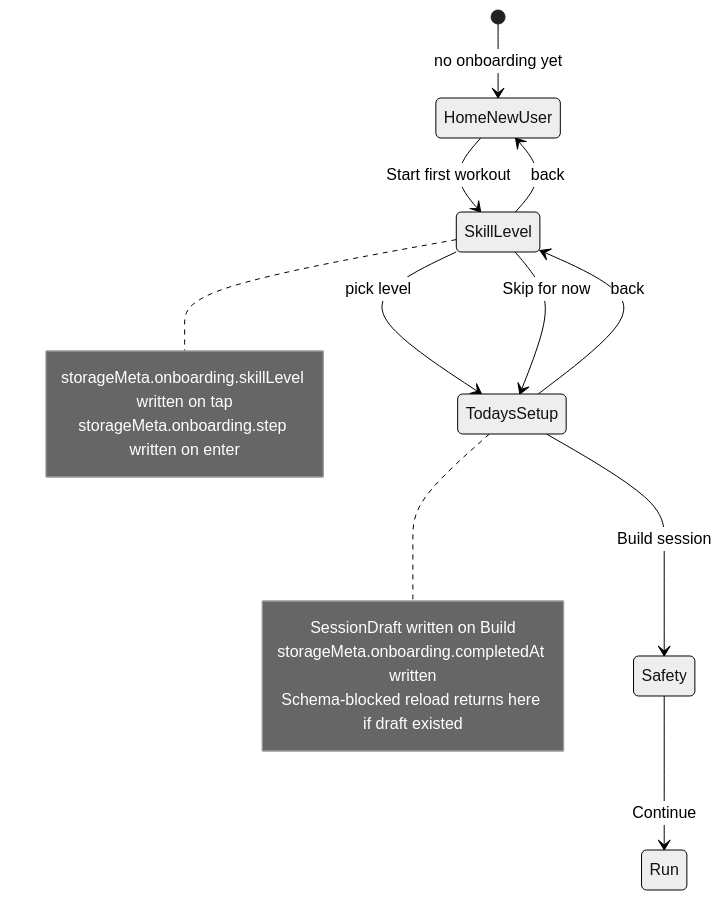
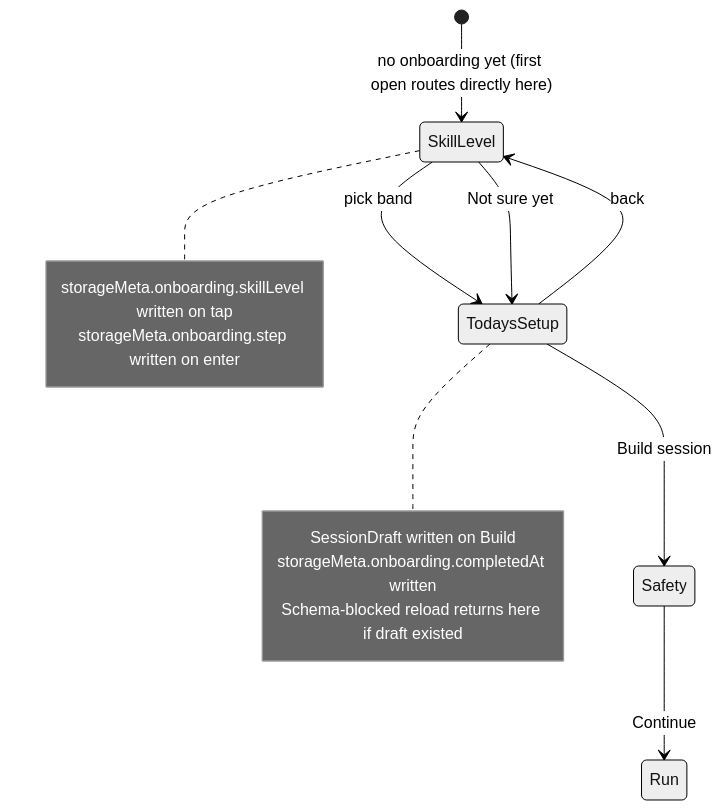
The first of 3 diagrams in docs/specs/m001-phase-c-ux-decisions.md (NickCorneau/volley_drills), drawn with Mermaid (neutral theme) before and after one commit. The commit also changed other lines of this file and 158 other files, not shown here.

````diff
--- a/docs/specs/m001-phase-c-ux-decisions.md
+++ b/docs/specs/m001-phase-c-ux-decisions.md
@@ -113,22 +134,20 @@
 ```mermaid
 stateDiagram-v2
-    [*] --> HomeNewUser: no onboarding yet
-    HomeNewUser --> SkillLevel: Start first workout
-    SkillLevel --> TodaysSetup: pick level
-    SkillLevel --> TodaysSetup: Skip for now
-    SkillLevel --> HomeNewUser: back
+    [*] --> SkillLevel: no onboarding yet (first open routes directly here)
+    SkillLevel --> TodaysSetup: pick band
+    SkillLevel --> TodaysSetup: Not sure yet
     TodaysSetup --> Safety: Build session
     TodaysSetup --> SkillLevel: back
     Safety --> Run: Continue
 
     note right of SkillLevel
         storageMeta.onboarding.skillLevel written on tap
         storageMeta.onboarding.step written on enter
     end note
 
     note right of TodaysSetup
         SessionDraft written on Build
         storageMeta.onboarding.completedAt written
         Schema-blocked reload returns here if draft existed
     end note
 ```
````
